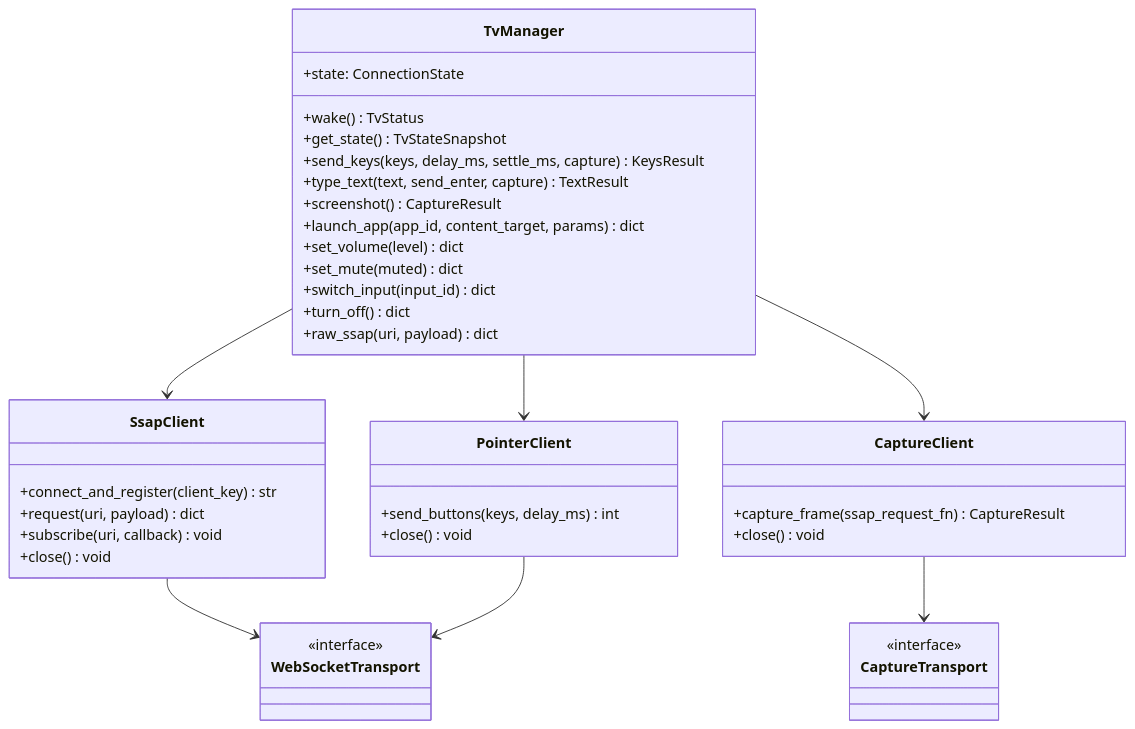
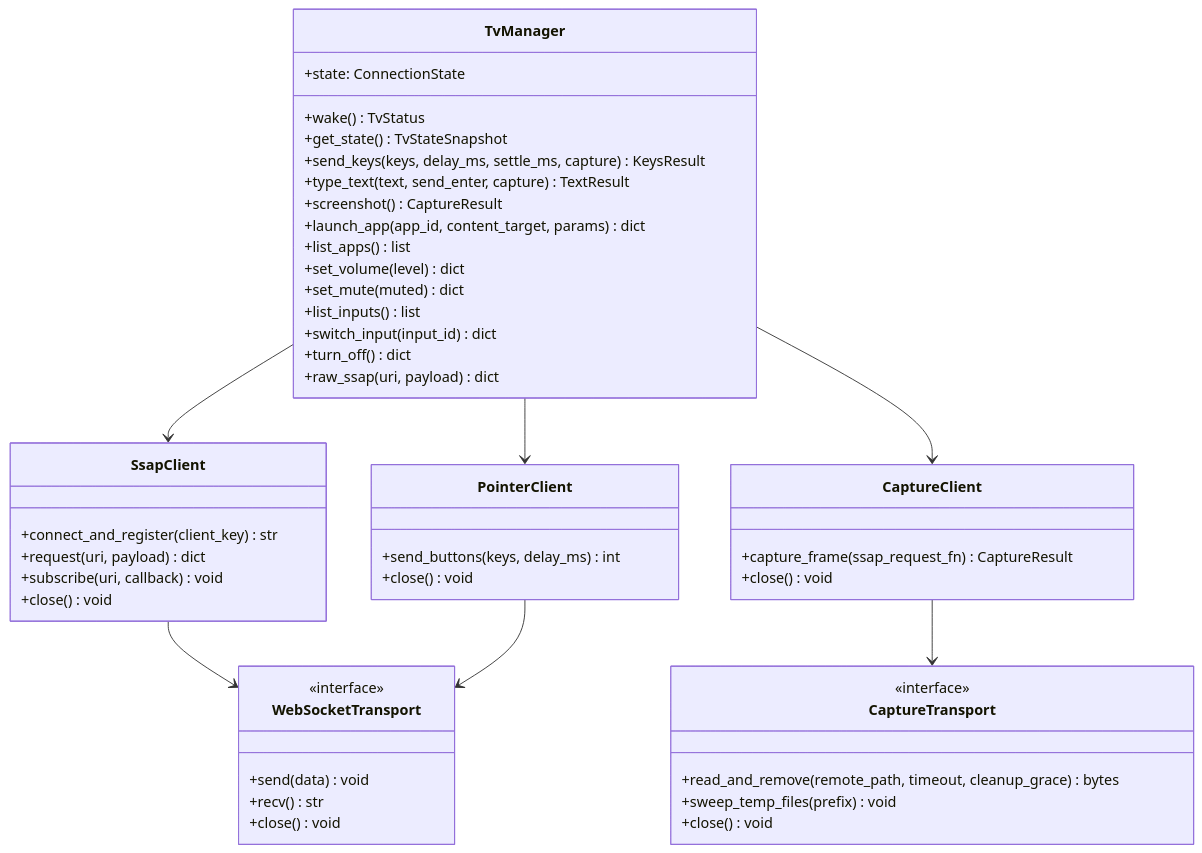
One commit to kiskaadee/lg-smtv-mcp changed the first of 2 diagrams in docs/designs/lg-smtv-mcp.md. Above: the diagram before and after it, drawn with Mermaid. The commit also changed other lines of this file, not shown here.

````diff
--- a/docs/designs/lg-smtv-mcp.md
+++ b/docs/designs/lg-smtv-mcp.md
@@ -90,43 +90,51 @@
 ```mermaid
 classDiagram
     class TvManager {
         +state: ConnectionState
         +wake() TvStatus
         +get_state() TvStateSnapshot
         +send_keys(keys, delay_ms, settle_ms, capture) KeysResult
         +type_text(text, send_enter, capture) TextResult
         +screenshot() CaptureResult
         +launch_app(app_id, content_target, params) dict
+        +list_apps() list
         +set_volume(level) dict
         +set_mute(muted) dict
+        +list_inputs() list
         +switch_input(input_id) dict
         +turn_off() dict
         +raw_ssap(uri, payload) dict
     }
     class SsapClient {
         +connect_and_register(client_key) str
         +request(uri, payload) dict
         +subscribe(uri, callback) void
         +close() void
     }
     class PointerClient {
         +send_buttons(keys, delay_ms) int
         +close() void
     }
     class CaptureClient {
         +capture_frame(ssap_request_fn) CaptureResult
         +close() void
     }
     class WebSocketTransport {
         <<interface>>
+        +send(data) void
+        +recv() str
+        +close() void
     }
     class CaptureTransport {
         <<interface>>
+        +read_and_remove(remote_path, timeout, cleanup_grace) bytes
+        +sweep_temp_files(prefix) void
+        +close() void
     }
     TvManager --> SsapClient
     TvManager --> PointerClient
     TvManager --> CaptureClient
     SsapClient --> WebSocketTransport
     PointerClient --> WebSocketTransport
     CaptureClient --> CaptureTransport
 ```
````
